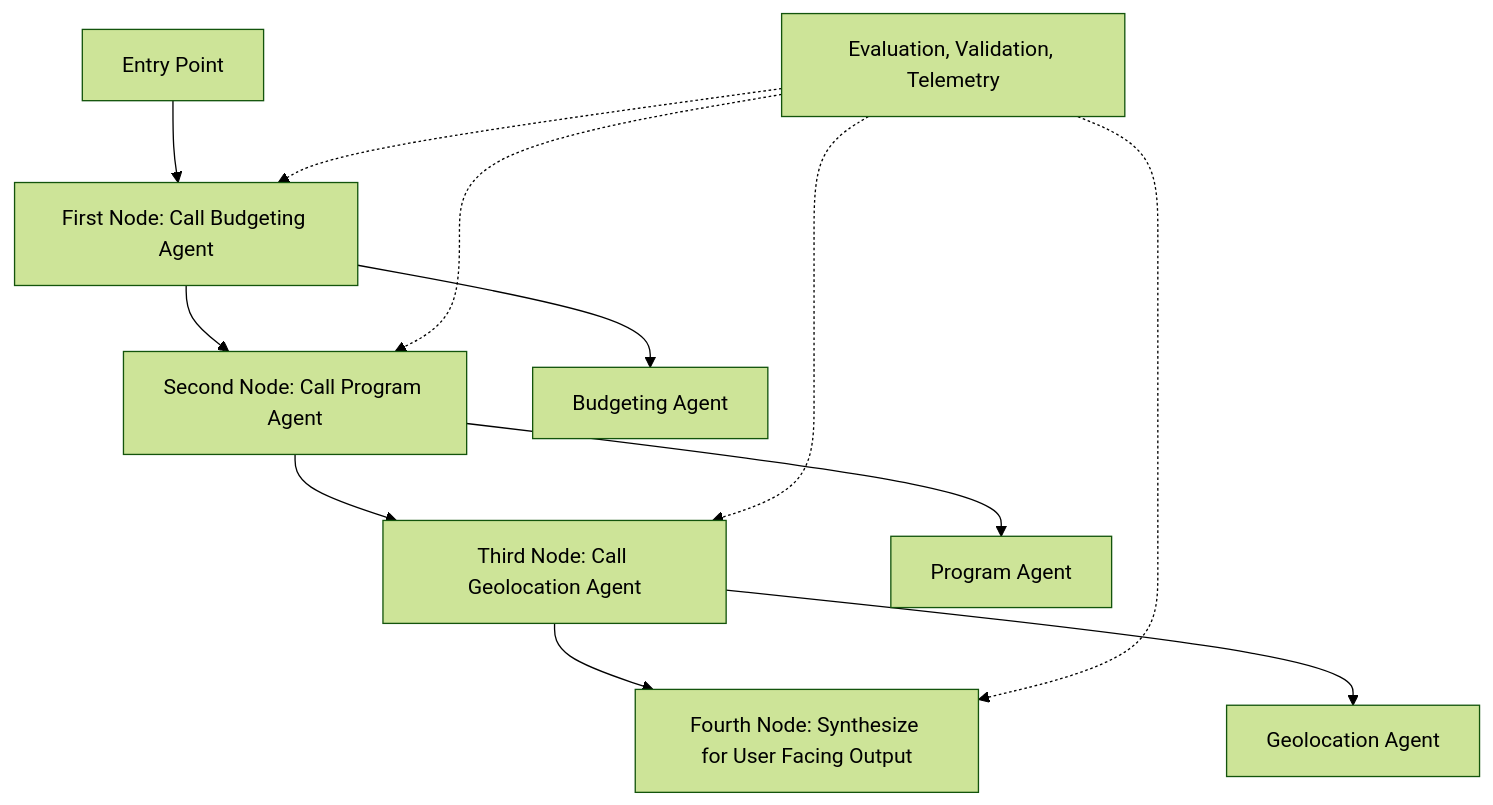
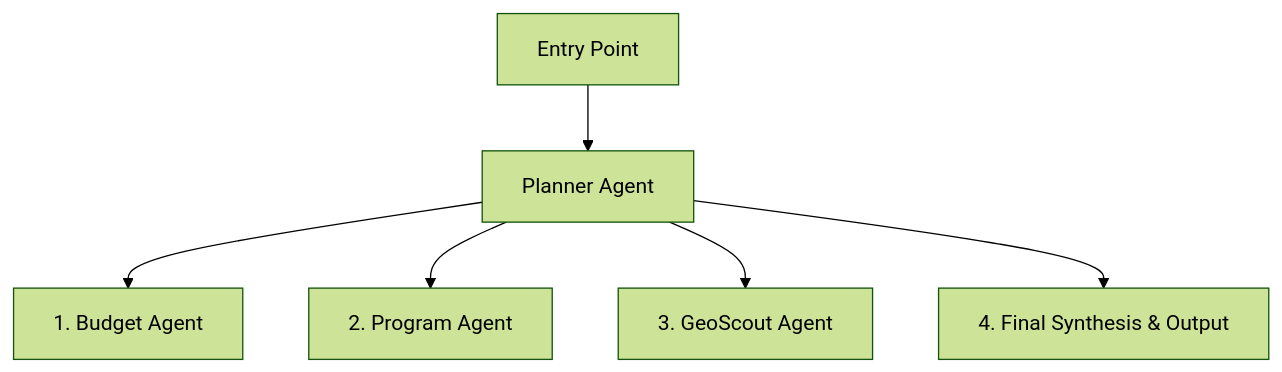
One commit to huacchob/civic-assistant-team-5 changed the diagram in README.md. Above: the diagram before and after it, drawn with Mermaid (forest theme).

Commit message:
fix: readme diagram

````diff
--- a/README.md
+++ b/README.md
@@ -35,16 +35,8 @@
 ```mermaid
 flowchart TD
-  A[Entry Point] --> B[First Node: Call Budgeting Agent]
-  B --> C[Second Node: Call Program Agent]
-  C --> D[Third Node: Call Geolocation Agent]
-  D --> E[Fourth Node: Synthesize for User Facing Output]
-
-  B --> F[Budgeting Agent]
-  C --> G[Program Agent]
-  D --> H[Geolocation Agent]
-
-  I[Evaluation, Validation, Telemetry] -.-> B
-  I -.-> C
-  I -.-> D
-  I -.-> E
+  F[Entry Point] --> A[Planner Agent]
+  A --> B[1. Budget Agent]
+  A --> C[2. Program Agent]
+  A --> D[3. GeoScout Agent]
+  A --> E[4. Final Synthesis & Output]
 ```
````
